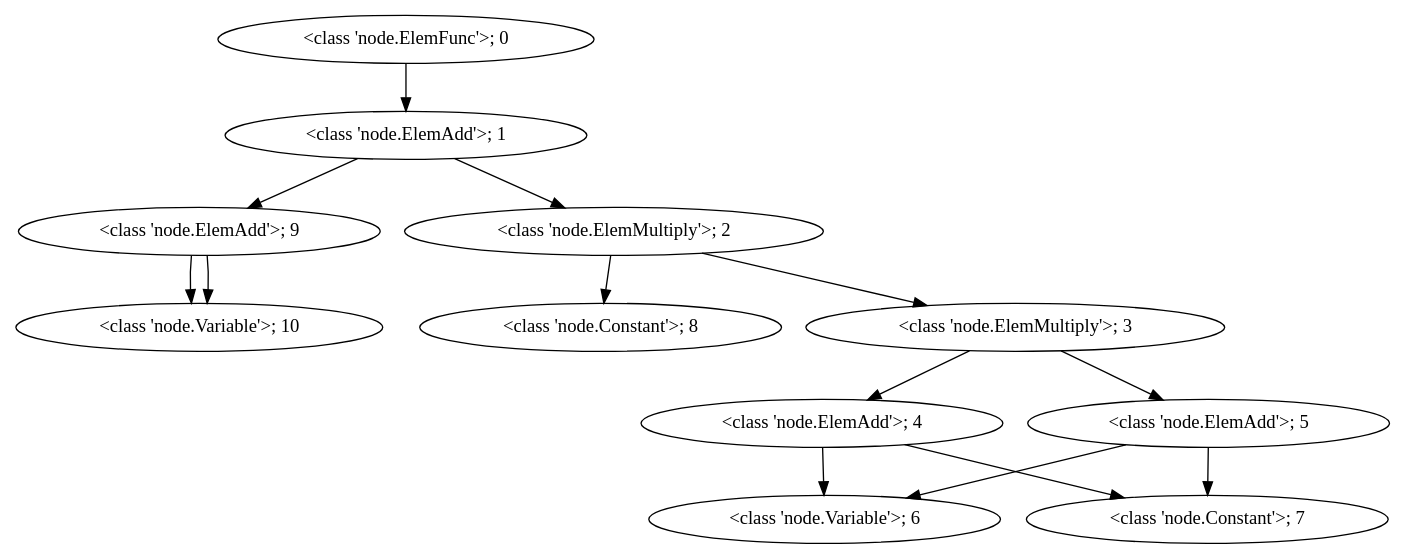
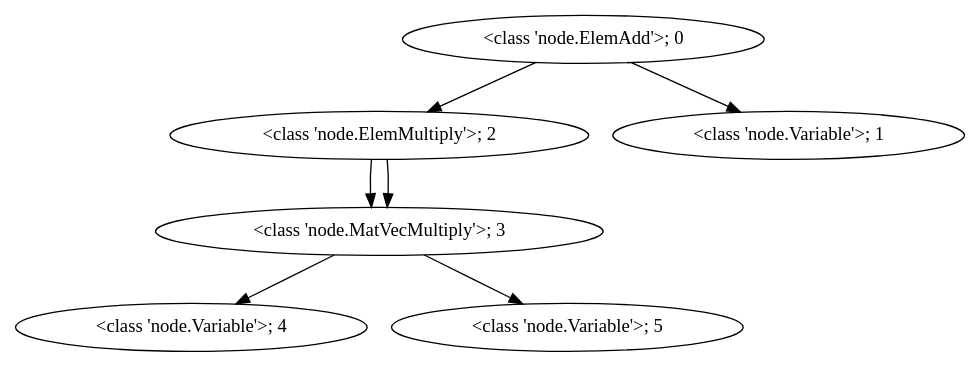
One commit to mdepp/graph changed the diagram in graph.gv. Above: the diagram before and after it, drawn with Graphviz. The commit also changed 4 other files, not shown here.

```diff
--- a/graph.gv
+++ b/graph.gv
@@ -1,27 +1,15 @@
 // Computation Graph
 digraph {
-	"<class 'node.ElemFunc'>; 0"
-	"<class 'node.ElemFunc'>; 0" -> "<class 'node.ElemAdd'>; 1"
-	"<class 'node.ElemAdd'>; 1"
-	"<class 'node.ElemAdd'>; 1" -> "<class 'node.ElemAdd'>; 9"
-	"<class 'node.ElemAdd'>; 1" -> "<class 'node.ElemMultiply'>; 2"
+	"<class 'node.ElemAdd'>; 0"
+	"<class 'node.ElemAdd'>; 0" -> "<class 'node.ElemMultiply'>; 2"
+	"<class 'node.ElemAdd'>; 0" -> "<class 'node.Variable'>; 1"
+	"<class 'node.Variable'>; 1"
 	"<class 'node.ElemMultiply'>; 2"
-	"<class 'node.ElemMultiply'>; 2" -> "<class 'node.ElemMultiply'>; 3"
-	"<class 'node.ElemMultiply'>; 2" -> "<class 'node.Constant'>; 8"
-	"<class 'node.ElemMultiply'>; 3"
-	"<class 'node.ElemMultiply'>; 3" -> "<class 'node.ElemAdd'>; 4"
-	"<class 'node.ElemMultiply'>; 3" -> "<class 'node.ElemAdd'>; 5"
-	"<class 'node.ElemAdd'>; 4"
-	"<class 'node.ElemAdd'>; 4" -> "<class 'node.Variable'>; 6"
-	"<class 'node.ElemAdd'>; 4" -> "<class 'node.Constant'>; 7"
-	"<class 'node.ElemAdd'>; 5"
-	"<class 'node.ElemAdd'>; 5" -> "<class 'node.Variable'>; 6"
-	"<class 'node.ElemAdd'>; 5" -> "<class 'node.Constant'>; 7"
-	"<class 'node.Variable'>; 6"
-	"<class 'node.Constant'>; 7"
-	"<class 'node.Constant'>; 8"
-	"<class 'node.ElemAdd'>; 9"
-	"<class 'node.ElemAdd'>; 9" -> "<class 'node.Variable'>; 10"
-	"<class 'node.ElemAdd'>; 9" -> "<class 'node.Variable'>; 10"
-	"<class 'node.Variable'>; 10"
+	"<class 'node.ElemMultiply'>; 2" -> "<class 'node.MatVecMultiply'>; 3"
+	"<class 'node.ElemMultiply'>; 2" -> "<class 'node.MatVecMultiply'>; 3"
+	"<class 'node.MatVecMultiply'>; 3"
+	"<class 'node.MatVecMultiply'>; 3" -> "<class 'node.Variable'>; 4"
+	"<class 'node.MatVecMultiply'>; 3" -> "<class 'node.Variable'>; 5"
+	"<class 'node.Variable'>; 4"
+	"<class 'node.Variable'>; 5"
 }
```
